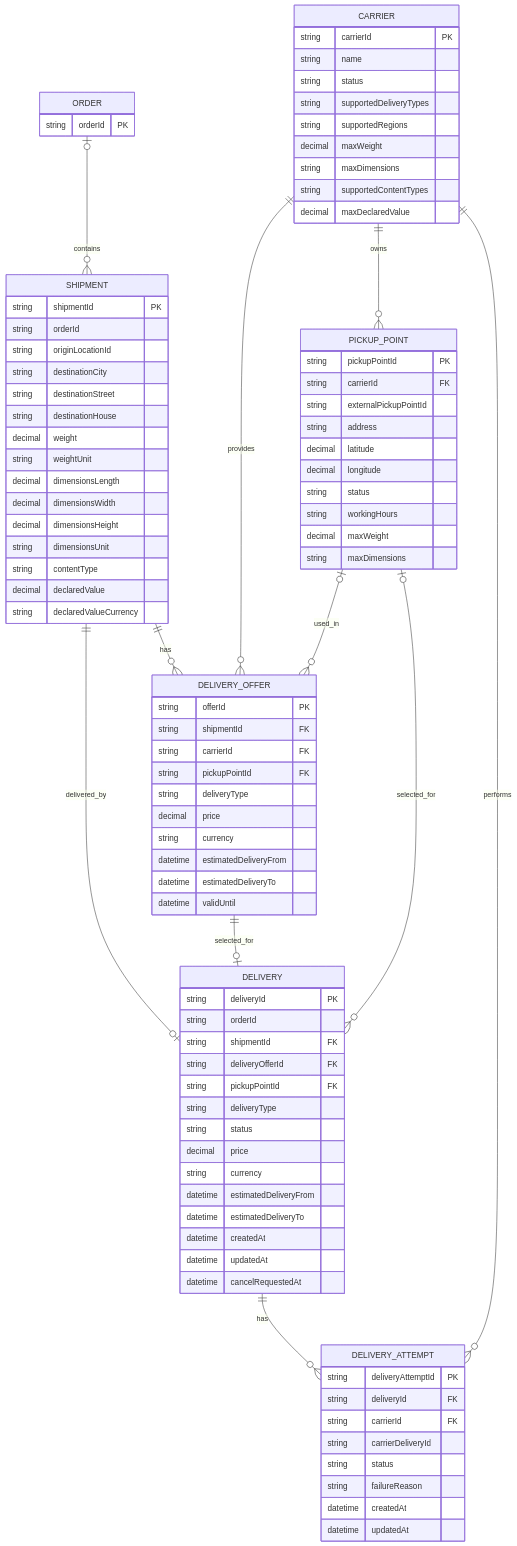
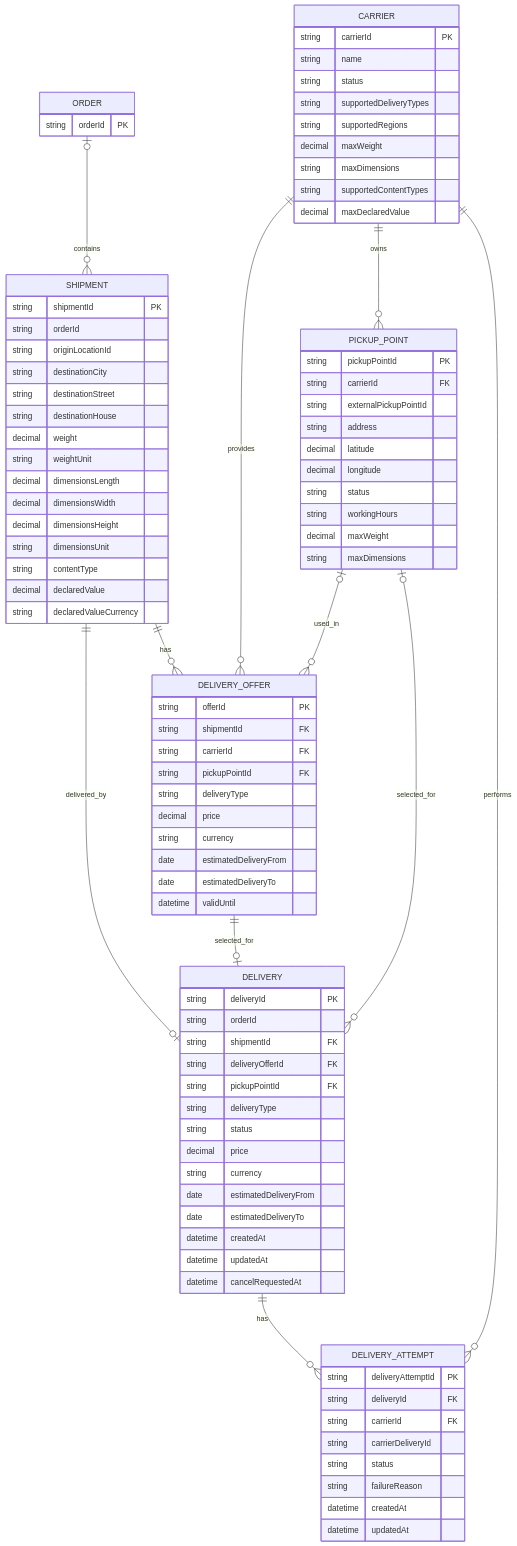
One commit to the-chill-ocean/delivery-orchestration-platform changed the diagram in docs/04-data-model.md. Above: the diagram before and after it, drawn with Mermaid. The commit also changed other lines of this file, not shown here.

```diff
--- a/docs/04-data-model.md
+++ b/docs/04-data-model.md
@@ -53,8 +53,8 @@
         string deliveryType
         decimal price
         string currency
-        datetime estimatedDeliveryFrom
-        datetime estimatedDeliveryTo
+        date estimatedDeliveryFrom
+        date estimatedDeliveryTo
         datetime validUntil
     }
 
@@ -68,8 +68,8 @@
         string status
         decimal price
         string currency
-        datetime estimatedDeliveryFrom
-        datetime estimatedDeliveryTo
+        date estimatedDeliveryFrom
+        date estimatedDeliveryTo
         datetime createdAt
         datetime updatedAt
         datetime cancelRequestedAt
```
